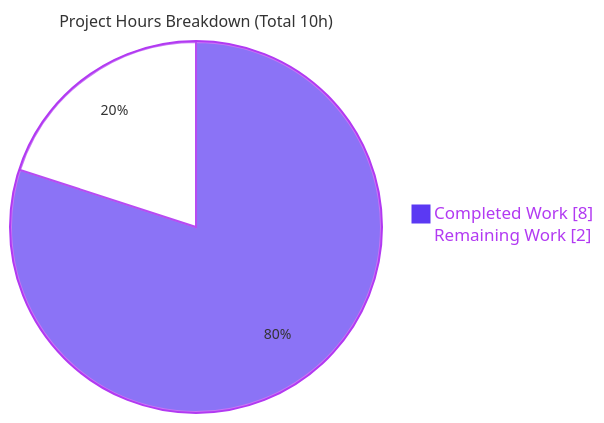
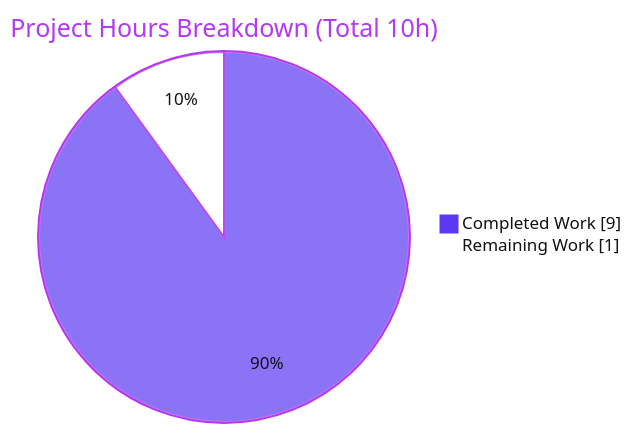
Before and after one commit to Sandeep02Kumar02/12-dec-existing-projects-qa-test-2: the second of 3 diagrams in blitzy/documentation/Project Guide.md, drawn with Mermaid. The commit also changed other lines of this file, not shown here.

Commit message:
Adding Blitzy Project Guide: Project Status and Human Tasks Remaining

````diff
--- a/blitzy/documentation/Project Guide.md
+++ b/blitzy/documentation/Project Guide.md
@@ -182,6 +183,6 @@
 ```mermaid
-%%{init: {'theme':'base', 'themeVariables': {'pie1':'#5B39F3','pie2':'#FFFFFF','pieStrokeColor':'#B23AF2','pieOuterStrokeColor':'#B23AF2','pieStrokeWidth':'2px','pieTitleTextSize':'16px','pieSectionTextSize':'14px','pieLegendTextColor':'#B23AF2'}}}%%
+%%{init: {'theme':'base','themeVariables':{'pie1':'#5B39F3','pie2':'#FFFFFF','pieStrokeColor':'#B23AF2','pieOuterStrokeColor':'#B23AF2','pieTitleTextColor':'#B23AF2','pieSectionTextColor':'#111111','pieLegendTextColor':'#111111'}}}%%
 pie showData title Project Hours Breakdown (Total 10h)
-    "Completed Work" : 8
-    "Remaining Work" : 2
+    "Completed Work" : 9
+    "Remaining Work" : 1
 ```
````
